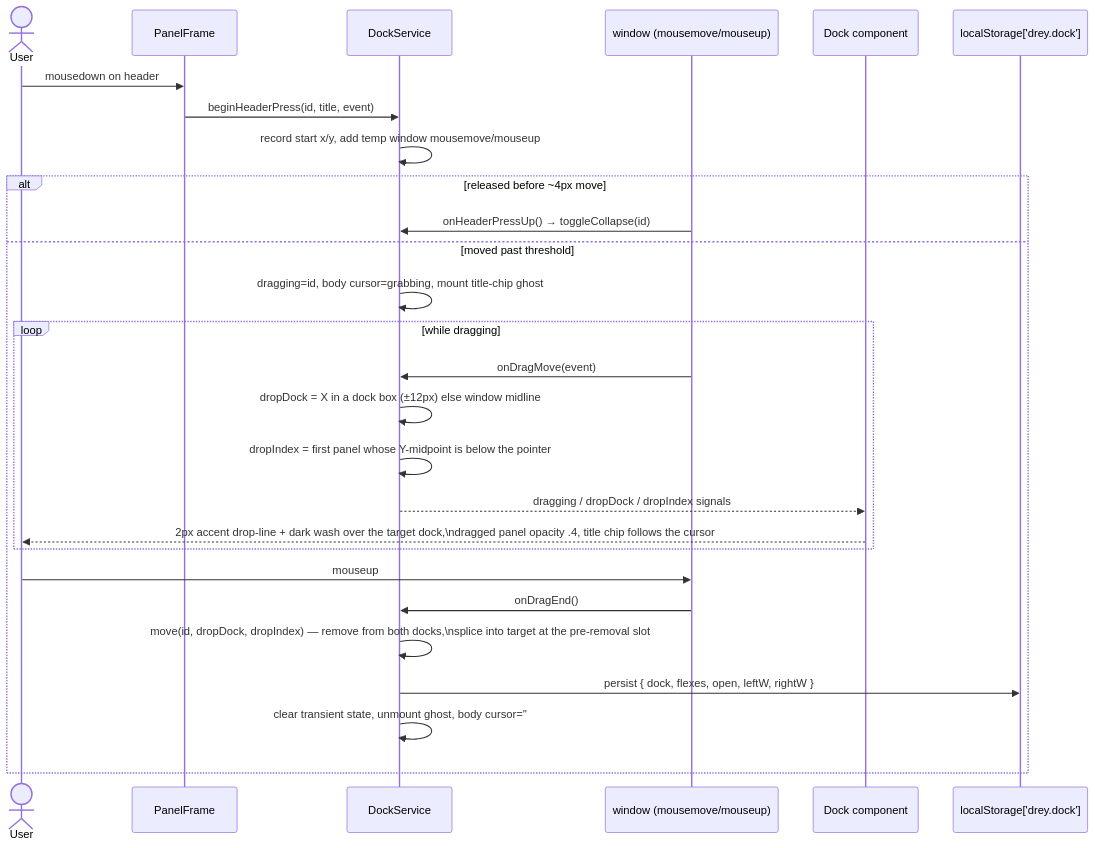
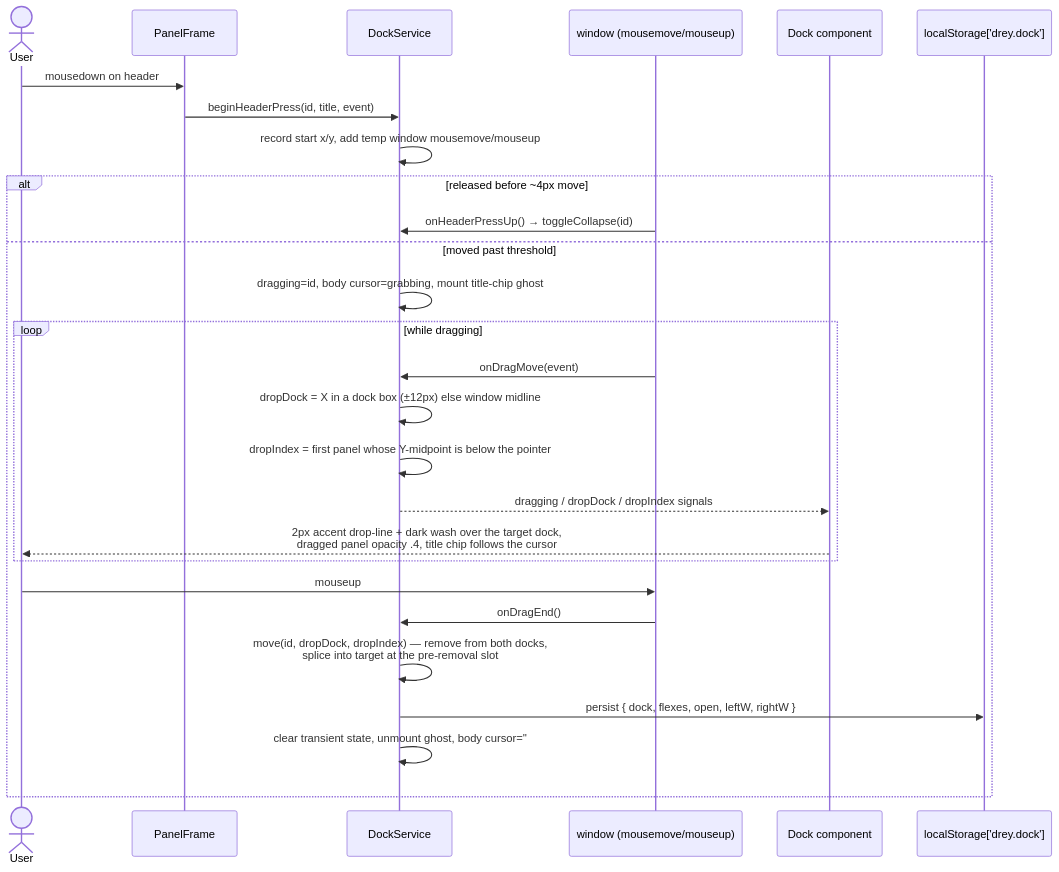
Diagram 14 of 54 in docs/06_runtime_view.md (HenrikPuls/Drey), drawn with Mermaid before and after one commit. The commit also changed other lines of this file and 2 other files, not shown here.

````diff
--- a/docs/06_runtime_view.md
+++ b/docs/06_runtime_view.md
@@ -814,30 +814,30 @@
 ```mermaid
 sequenceDiagram
     actor User
     participant Frame as PanelFrame
     participant Dock as DockService
     participant Win as window (mousemove/mouseup)
     participant Cmp as Dock component
     participant LS as localStorage['drey.dock']
 
     User->>Frame: mousedown on header
     Frame->>Dock: beginHeaderPress(id, title, event)
     Dock->>Dock: record start x/y, add temp window mousemove/mouseup
     alt released before ~4px move
         Win->>Dock: onHeaderPressUp() → toggleCollapse(id)
     else moved past threshold
         Dock->>Dock: dragging=id, body cursor=grabbing, mount title-chip ghost
         loop while dragging
             Win->>Dock: onDragMove(event)
             Dock->>Dock: dropDock = X in a dock box (±12px) else window midline
             Dock->>Dock: dropIndex = first panel whose Y-midpoint is below the pointer
             Dock-->>Cmp: dragging / dropDock / dropIndex signals
-            Cmp-->>User: 2px accent drop-line + dark wash over the target dock,\ndragged panel opacity .4, title chip follows the cursor
+            Cmp-->>User: 2px accent drop-line + dark wash over the target dock,<br/>dragged panel opacity .4, title chip follows the cursor
         end
         User->>Win: mouseup
         Win->>Dock: onDragEnd()
-        Dock->>Dock: move(id, dropDock, dropIndex) — remove from both docks,\nsplice into target at the pre-removal slot
+        Dock->>Dock: move(id, dropDock, dropIndex) — remove from both docks,<br/>splice into target at the pre-removal slot
         Dock->>LS: persist { dock, flexes, open, leftW, rightW }
         Dock->>Dock: clear transient state, unmount ghost, body cursor=''
     end
 ```
````
